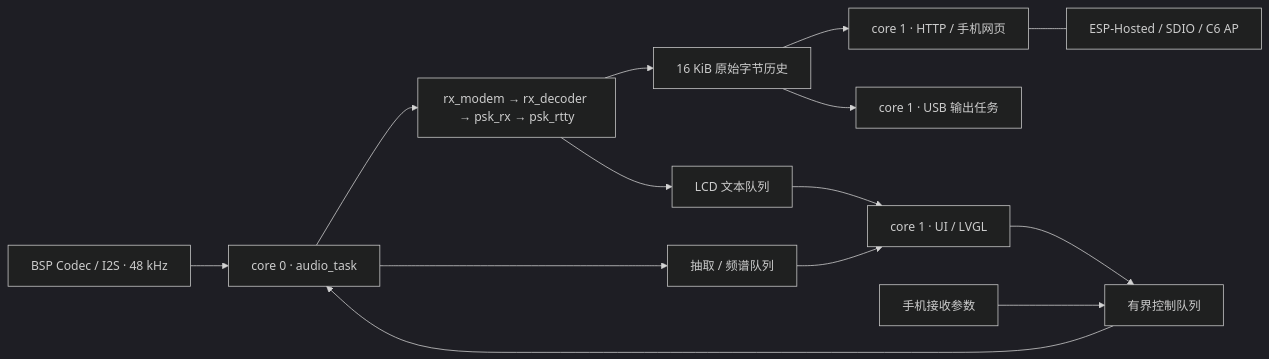
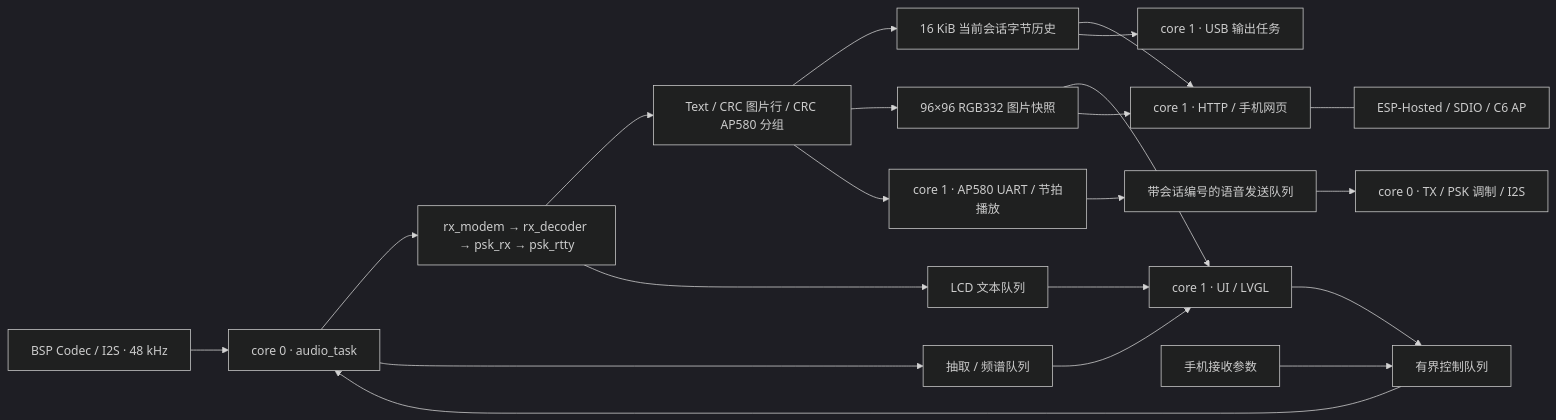
The diagram in arch.md (sundaydayhao/esp32p4-psk-modem), drawn with Mermaid (dark theme) before and after one commit. The commit also changed other lines of this file and 77 other files, not shown here.

````diff
--- a/arch.md
+++ b/arch.md
@@ -5,16 +5,23 @@
 ```mermaid
 flowchart LR
     ADC["BSP Codec / I2S · 48 kHz"] --> AUDIO["core 0 · audio_task"]
     AUDIO --> RX["rx_modem → rx_decoder → psk_rx → psk_rtty"]
-    RX --> HISTORY["16 KiB 原始字节历史"]
+    RX --> CONTENT["Text / CRC 图片行 / CRC AP580 分组"]
+    CONTENT --> HISTORY["16 KiB 当前会话字节历史"]
+    CONTENT --> IMAGE["96×96 RGB332 图片快照"]
+    CONTENT --> VOICE["core 1 · AP580 UART / 节拍播放"]
+    IMAGE --> UI
+    IMAGE --> HTTP
+    VOICE --> TXQ["带会话编号的语音发送队列"]
+    TXQ --> TX["core 0 · TX / PSK 调制 / I2S"]
     HISTORY --> HTTP["core 1 · HTTP / 手机网页"]
     HISTORY --> USB["core 1 · USB 输出任务"]
     RX --> TEXT["LCD 文本队列"]
     AUDIO --> SPEC["抽取 / 频谱队列"]
     SPEC --> UI["core 1 · UI / LVGL"]
     TEXT --> UI
     PHONE["手机接收参数"] --> CQ["有界控制队列"]
     UI --> CQ
     CQ --> AUDIO
     HTTP --- C6["ESP-Hosted / SDIO / C6 AP"]
 ```
````
